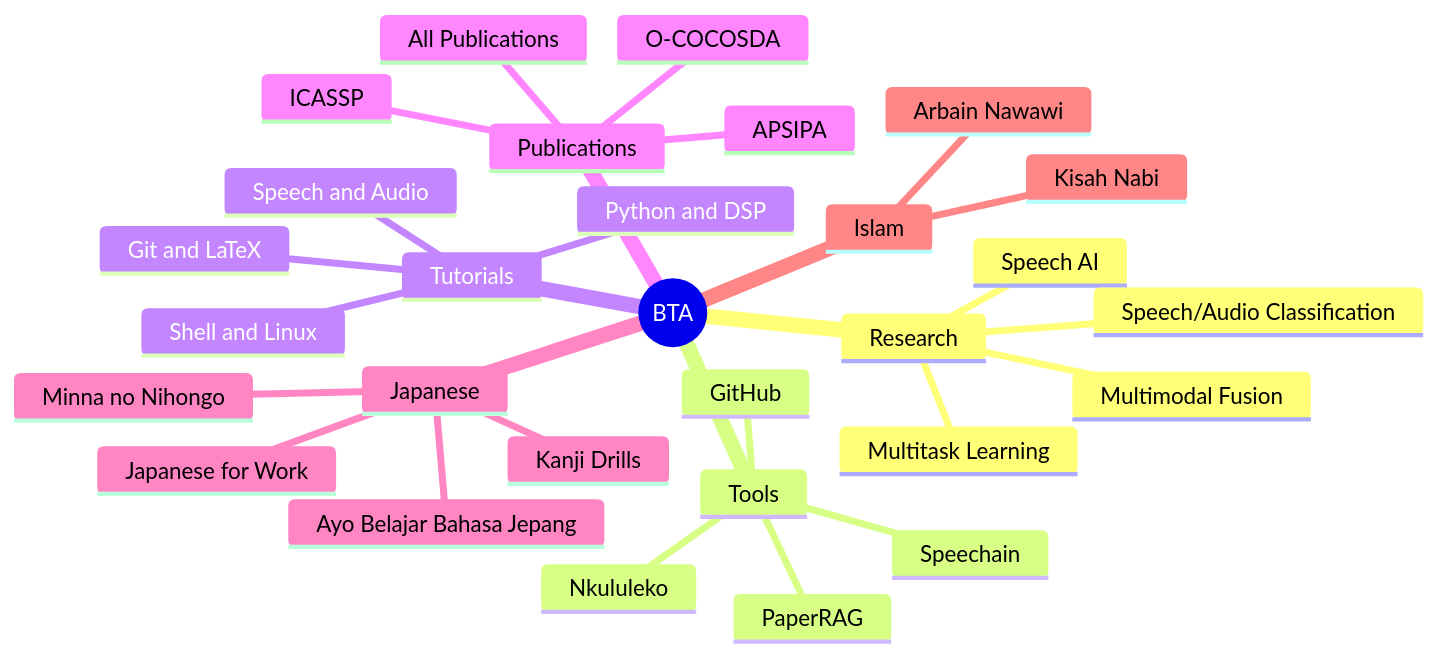
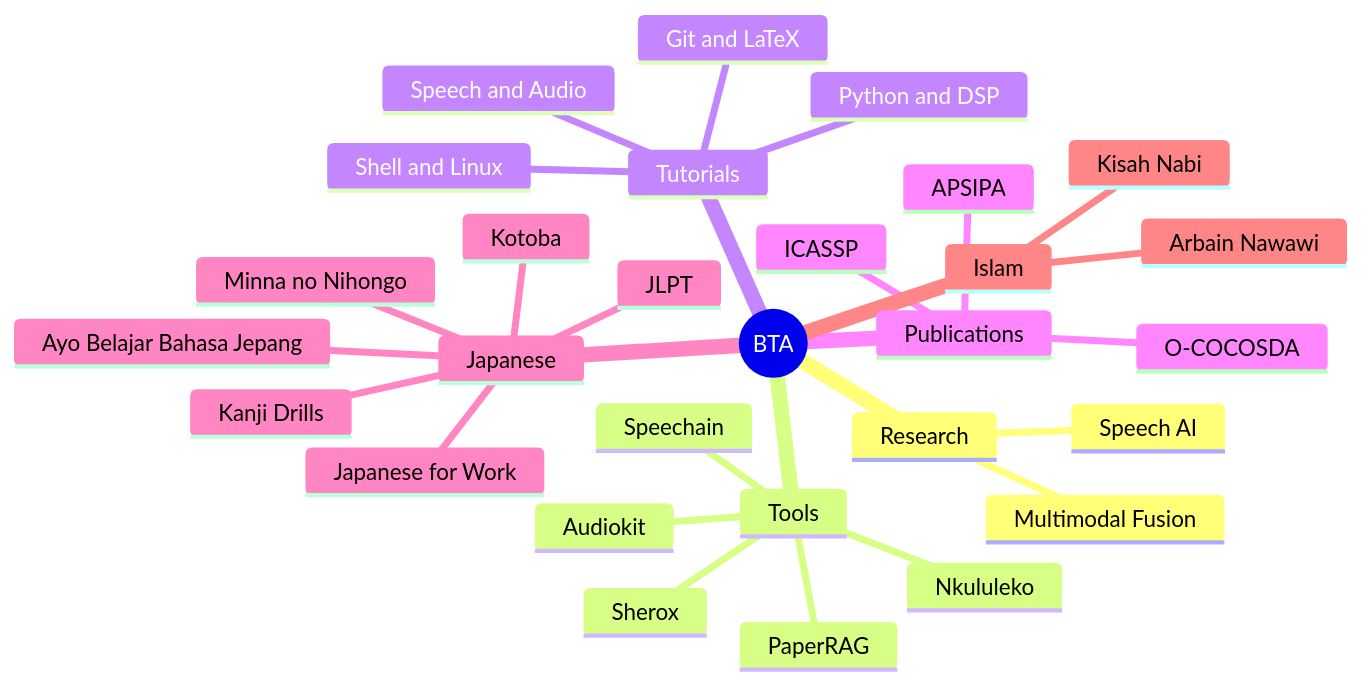
The diagram in _pages/about.md (bagustris/bagustris.github.io), drawn with Mermaid before and after one commit. The commit also changed other lines of this file and 6 other files, not shown here.

```diff
--- a/_pages/about.md
+++ b/_pages/about.md
@@ -16,32 +16,32 @@
 <pre class="mermaid">
 mindmap
   root((BTA))
     Research
       Speech AI
       Multimodal Fusion
-      Multitask Learning
-      Speech/Audio Classification  
     Tools
       Nkululeko
       Speechain
       PaperRAG
-      GitHub
+      Audiokit
+      Sherox
     Tutorials
       Shell and Linux
       Python and DSP
       Speech and Audio
       Git and LaTeX
     Publications
       ICASSP
       O-COCOSDA  
       APSIPA
-      All Publications
     Japanese
       Ayo Belajar Bahasa Jepang
       Minna no Nihongo
       Japanese for Work
       Kanji Drills
+      Kotoba  
+      JLPT  
     Islam
       Kisah Nabi 
       Arbain Nawawi
 </pre>
```
